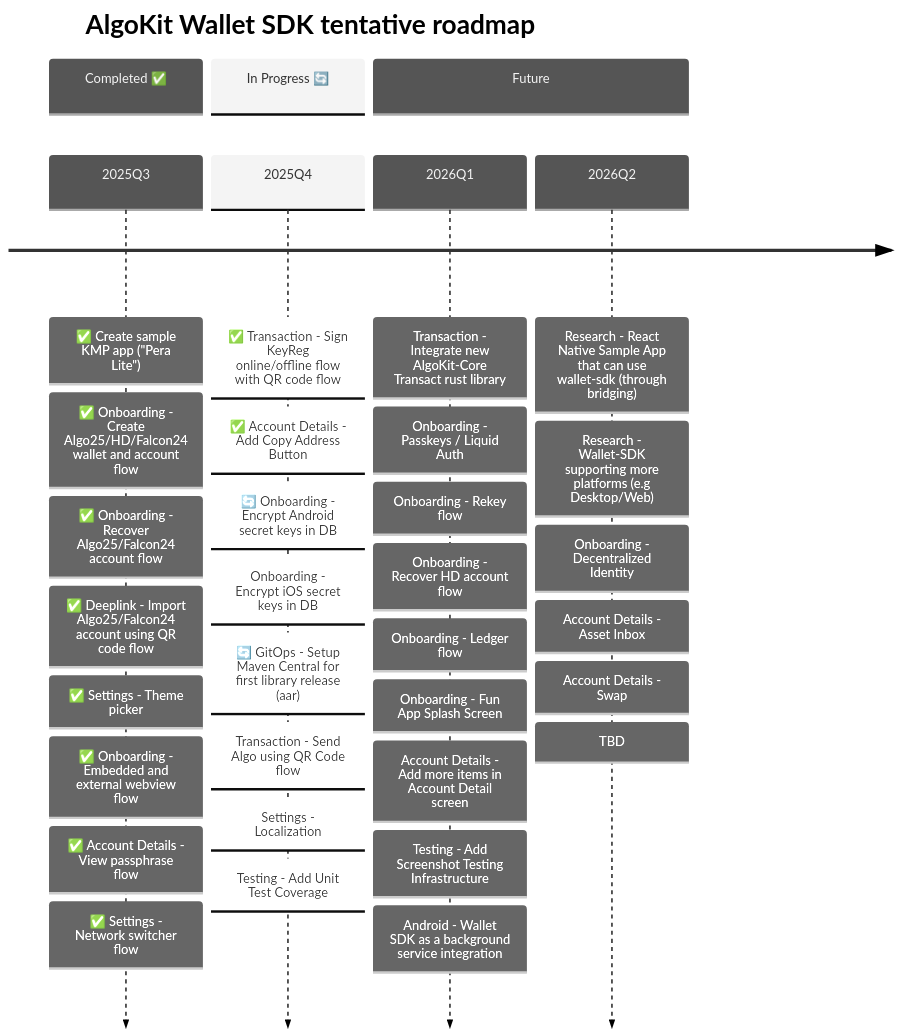
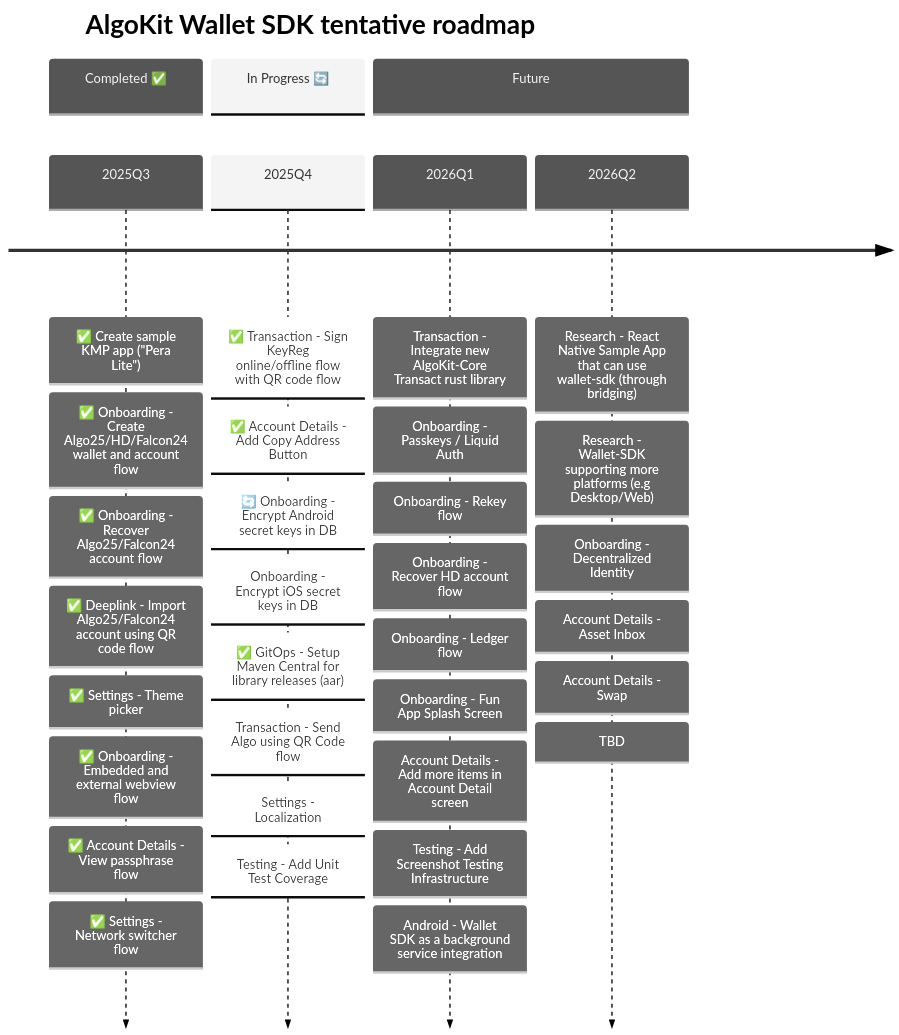
One commit to michaeltchuang/algokit-walletsdk-kmp changed the second of 3 diagrams in README.md. Above: the diagram before and after it, drawn with Mermaid. The commit also changed 14 other files, not shown here.

Commit message:
ci: add in maven central upload job (#93)

````diff
--- a/README.md
+++ b/README.md
@@ -49,45 +49,45 @@
 ```mermaid
 ---
 config:
   theme: 'neutral'
 ---
 timeline
     title AlgoKit Wallet SDK tentative roadmap
 
     section Completed ✅
     2025Q3  : ✅ Create sample KMP app ("Pera Lite")
             : ✅ Onboarding - Create Algo25/HD/Falcon24 wallet and account flow
             : ✅ Onboarding - Recover Algo25/Falcon24 account flow
             : ✅ Deeplink - Import Algo25/Falcon24 account using QR code flow
             : ✅ Settings - Theme picker
             : ✅ Onboarding - Embedded and external webview flow
             : ✅ Account Details - View passphrase flow
             : ✅ Settings - Network switcher flow
 
     section In Progress 🔄
     2025Q4  : ✅ Transaction - Sign KeyReg online/offline flow with QR code flow
             : ✅ Account Details - Add Copy Address Button
             : 🔄 Onboarding - Encrypt Android secret keys in DB
             : Onboarding - Encrypt iOS secret keys in DB
-            : 🔄 GitOps - Setup Maven Central for first library release (aar)
+            : ✅ GitOps - Setup Maven Central for library releases (aar)
             : Transaction - Send Algo using QR Code flow
             : Settings - Localization
             : Testing - Add Unit Test Coverage
 
     section Future
     2026Q1  : Transaction - Integrate new AlgoKit-Core Transact rust library
             : Onboarding - Passkeys / Liquid Auth
             : Onboarding - Rekey flow
             : Onboarding - Recover HD account flow
             : Onboarding - Ledger flow
             : Onboarding - Fun App Splash Screen
             : Account Details - Add more items in Account Detail screen
             : Testing - Add Screenshot Testing Infrastructure
             : Android - Wallet SDK as a background service integration
     2026Q2  : Research - React Native Sample App that can use wallet-sdk (through bridging)
             : Research - Wallet-SDK supporting more platforms (e.g Desktop/Web)
             : Onboarding - Decentralized Identity
             : Account Details - Asset Inbox
             : Account Details - Swap
             : TBD
 ```
````
